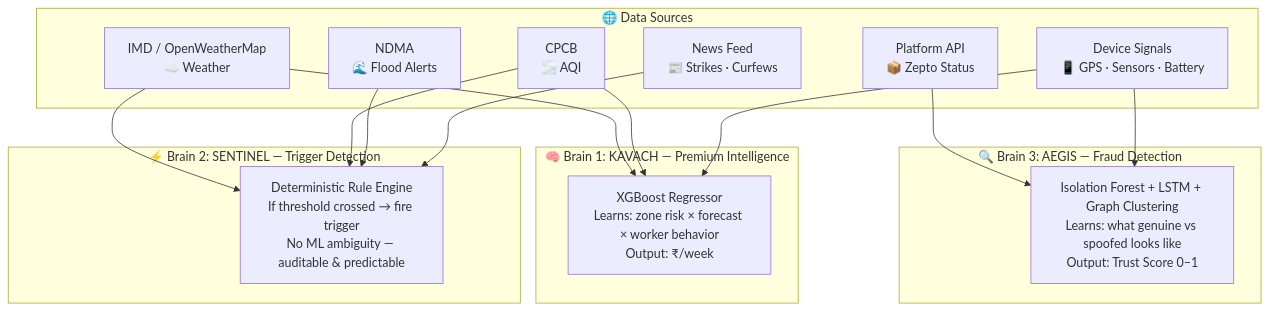
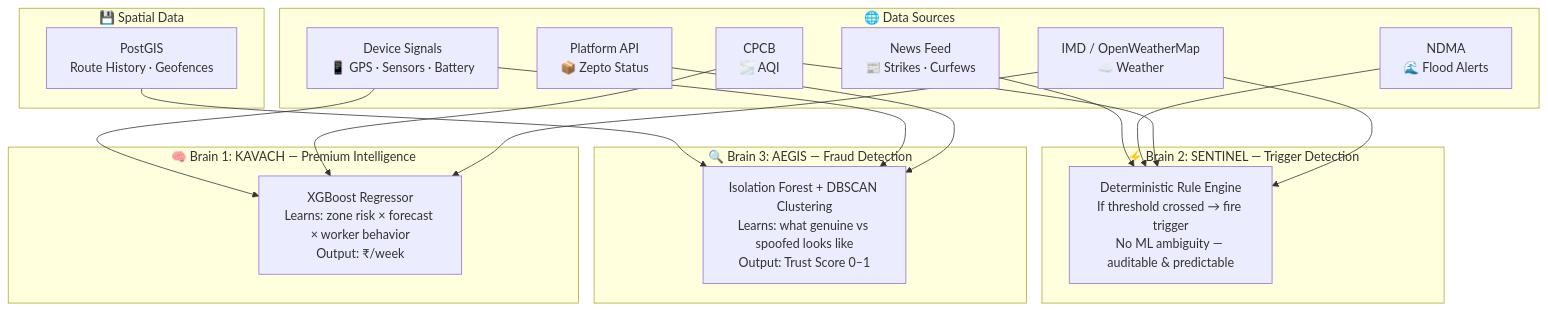
The fourth of 8 diagrams in README.md (rox-dev6/gw), drawn with Mermaid before and after one commit. The commit also changed other lines of this file, not shown here.

````diff
--- a/README.md
+++ b/README.md
@@ -313,27 +344,31 @@
 ```mermaid
 flowchart TD
     subgraph "🌐 Data Sources"
         D1["IMD / OpenWeatherMap\n☁️ Weather"]
         D2["CPCB\n🌫️ AQI"]
         D3["NDMA\n🌊 Flood Alerts"]
         D4["Platform API\n📦 Zepto Status"]
         D5["Device Signals\n📱 GPS · Sensors · Battery"]
         D6["News Feed\n📰 Strikes · Curfews"]
     end
 
     subgraph "🧠 Brain 1: KAVACH — Premium Intelligence"
         M1["XGBoost Regressor\nLearns: zone risk × forecast × worker behavior\nOutput: ₹/week"]
     end
 
     subgraph "⚡ Brain 2: SENTINEL — Trigger Detection"
         M2["Deterministic Rule Engine\nIf threshold crossed → fire trigger\nNo ML ambiguity — auditable & predictable"]
     end
 
     subgraph "🔍 Brain 3: AEGIS — Fraud Detection"
-        M3["Isolation Forest + LSTM + Graph Clustering\nLearns: what genuine vs spoofed looks like\nOutput: Trust Score 0–1"]
+        M3["Isolation Forest + DBSCAN Clustering\nLearns: what genuine vs spoofed looks like\nOutput: Trust Score 0–1"]
+    end
+
+    subgraph "💾 Spatial Data"
+        PG["PostGIS\nRoute History · Geofences"]
     end
 
     D1 & D2 & D5 --> M1
     D1 & D2 & D3 & D6 --> M2
-    D4 & D5 --> M3
+    D4 & D5 & PG --> M3
 ```
````
